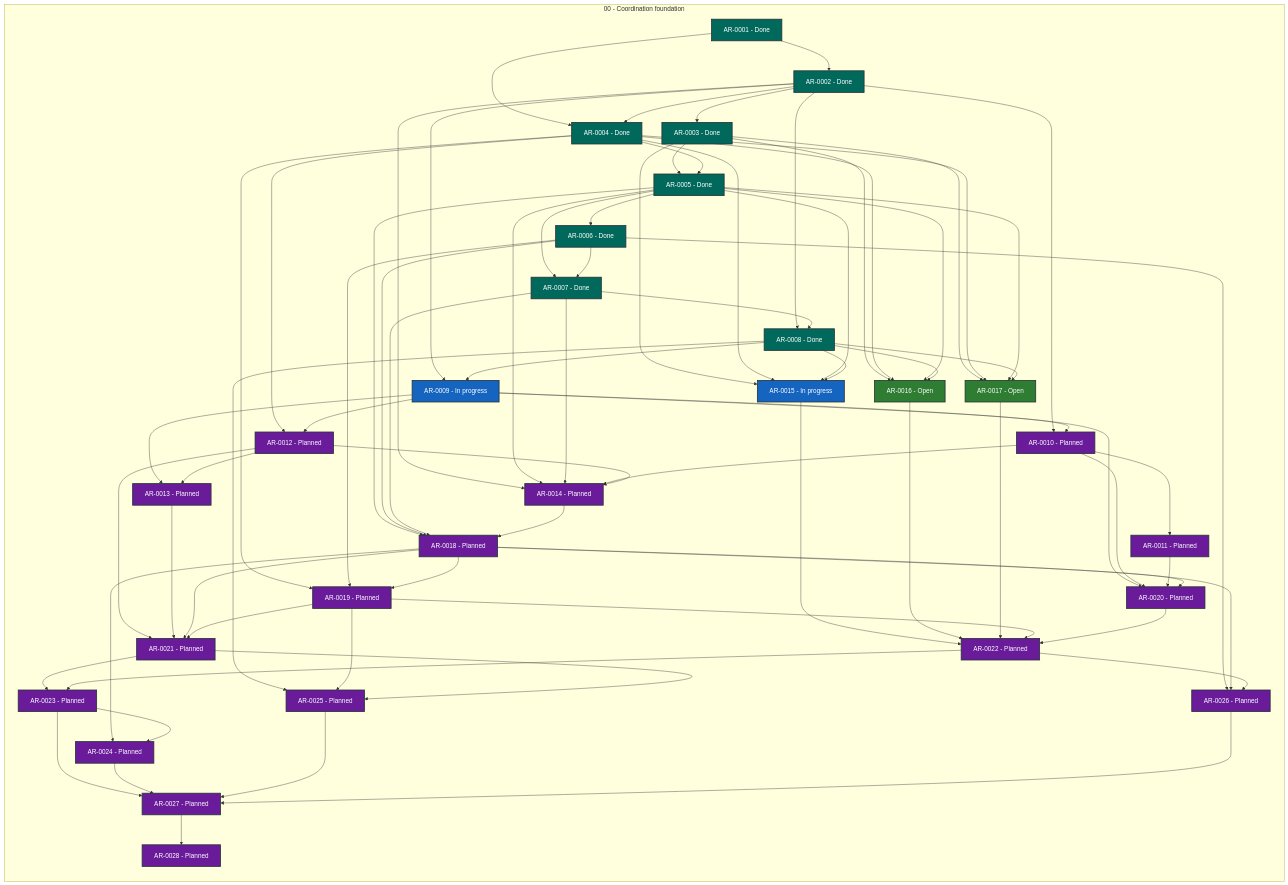
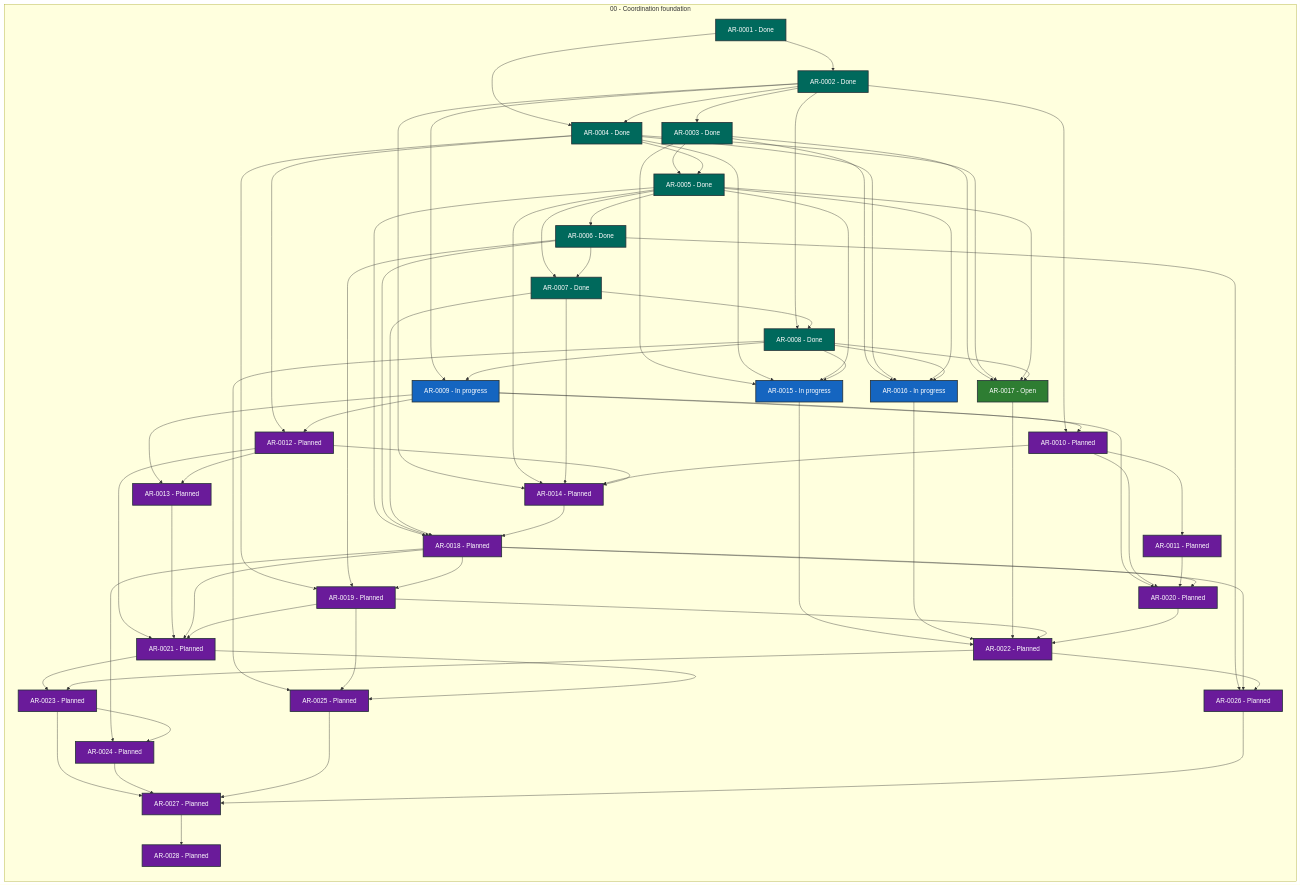
The diagram in STATUS.md (martin-beck/agent-workflow-runtime-state), drawn with Mermaid before and after one commit. The commit also changed other lines of this file and 2 other files, not shown here.

```diff
--- a/STATUS.md
+++ b/STATUS.md
@@ -43,7 +43,7 @@
         AR_0013["AR-0013 - Planned"]:::status_planned
         AR_0014["AR-0014 - Planned"]:::status_planned
         AR_0015["AR-0015 - In progress"]:::status_in_progress
-        AR_0016["AR-0016 - Open"]:::status_open
+        AR_0016["AR-0016 - In progress"]:::status_in_progress
         AR_0017["AR-0017 - Open"]:::status_open
         AR_0018["AR-0018 - Planned"]:::status_planned
         AR_0019["AR-0019 - Planned"]:::status_planned
```
